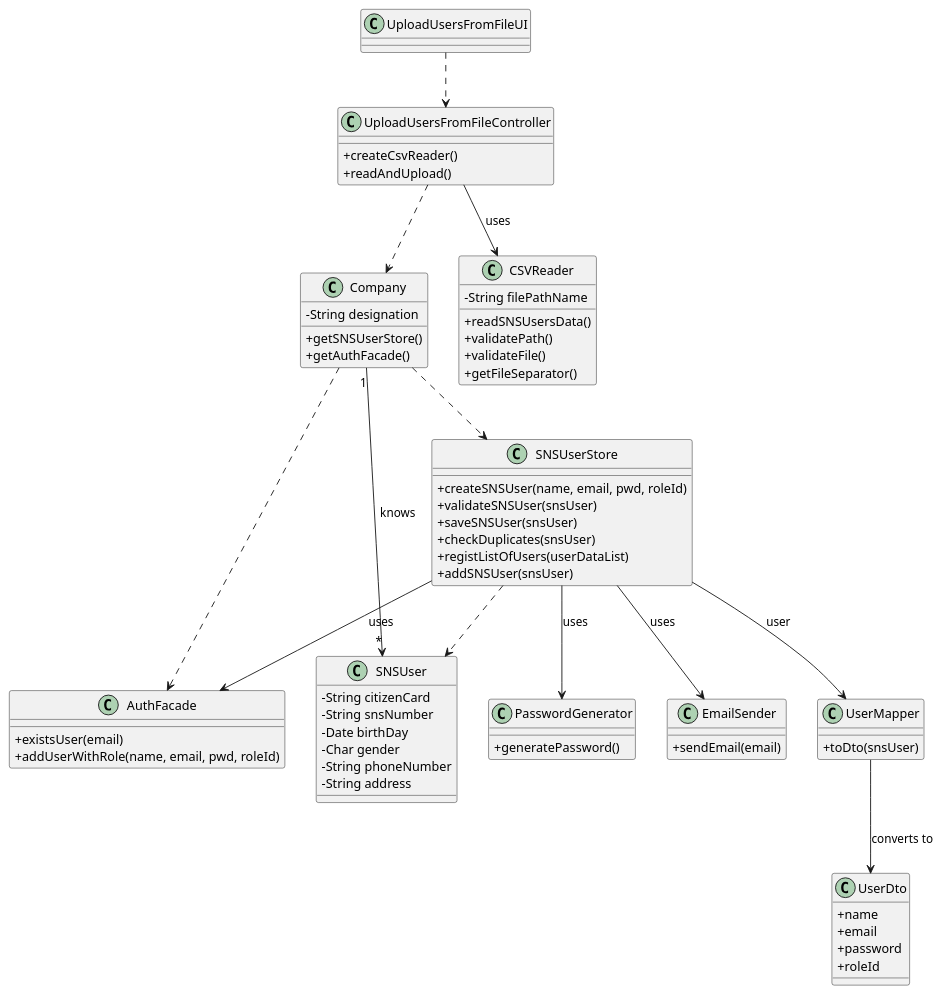
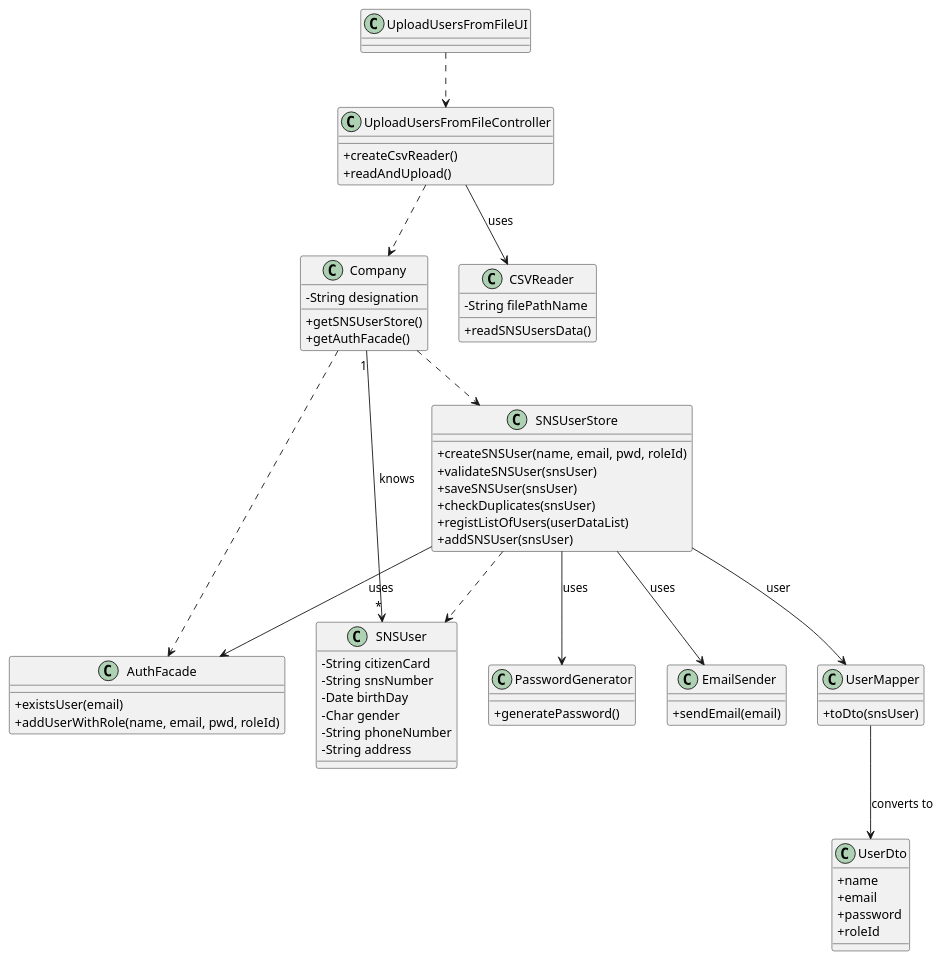
One commit to miseEnPlace-i/lapr2 changed the diagram in docs/SprintC/US14/CD/US14_CD.puml. Above: the diagram before and after it, drawn with PlantUML. The commit also changed 3 other files, not shown here.

Commit message:
docs(US14): fixed diagrams

```diff
--- a/docs/SprintC/US14/CD/US14_CD.puml
+++ b/docs/SprintC/US14/CD/US14_CD.puml
@@ -1,82 +1,79 @@
 @startuml
 skinparam classAttributeIconSize 0
 
 class AuthFacade {
   + existsUser(email)
   + addUserWithRole(name, email, pwd, roleId)
 }
 
 class Company {
   - String designation
   + getSNSUserStore()
   + getAuthFacade()
 }
 
 class UploadUsersFromFileController {
   + createCsvReader()
   + readAndUpload()
 }
 
 class UploadUsersFromFileUI { }
 
 class SNSUser {
   - String citizenCard
   - String snsNumber
   - Date birthDay
   - Char gender
   - String phoneNumber
   - String address
 }
 
 class SNSUserStore {
   + createSNSUser(name, email, pwd, roleId)
   + validateSNSUser(snsUser)
   + saveSNSUser(snsUser)
   + checkDuplicates(snsUser)
   + registListOfUsers(userDataList)
   + addSNSUser(snsUser)
 }
 
 class PasswordGenerator {
   + generatePassword()
 }
 
 class EmailSender {
   + sendEmail(email)
 }
 
 class CSVReader {
   - String filePathName
 
   + readSNSUsersData()
-  + validatePath()
-  + validateFile()
-  + getFileSeparator()
 }
 
 class UserMapper{
   + toDto(snsUser)
 }
 
 class UserDto{
   + name
   + email
   + password 
   + roleId
 }
 
 Company ..> SNSUserStore
 Company ..> AuthFacade
 Company "1" --> "*" SNSUser : knows
 UploadUsersFromFileController ..> Company
 UploadUsersFromFileUI ..> UploadUsersFromFileController
 UploadUsersFromFileController --> CSVReader : uses
 SNSUserStore --> AuthFacade : uses
 SNSUserStore --> PasswordGenerator : uses
 SNSUserStore --> EmailSender : uses
 SNSUserStore ..> SNSUser
 SNSUserStore --> UserMapper : user
 UserMapper --> UserDto : converts to
 
 
 @enduml
```
